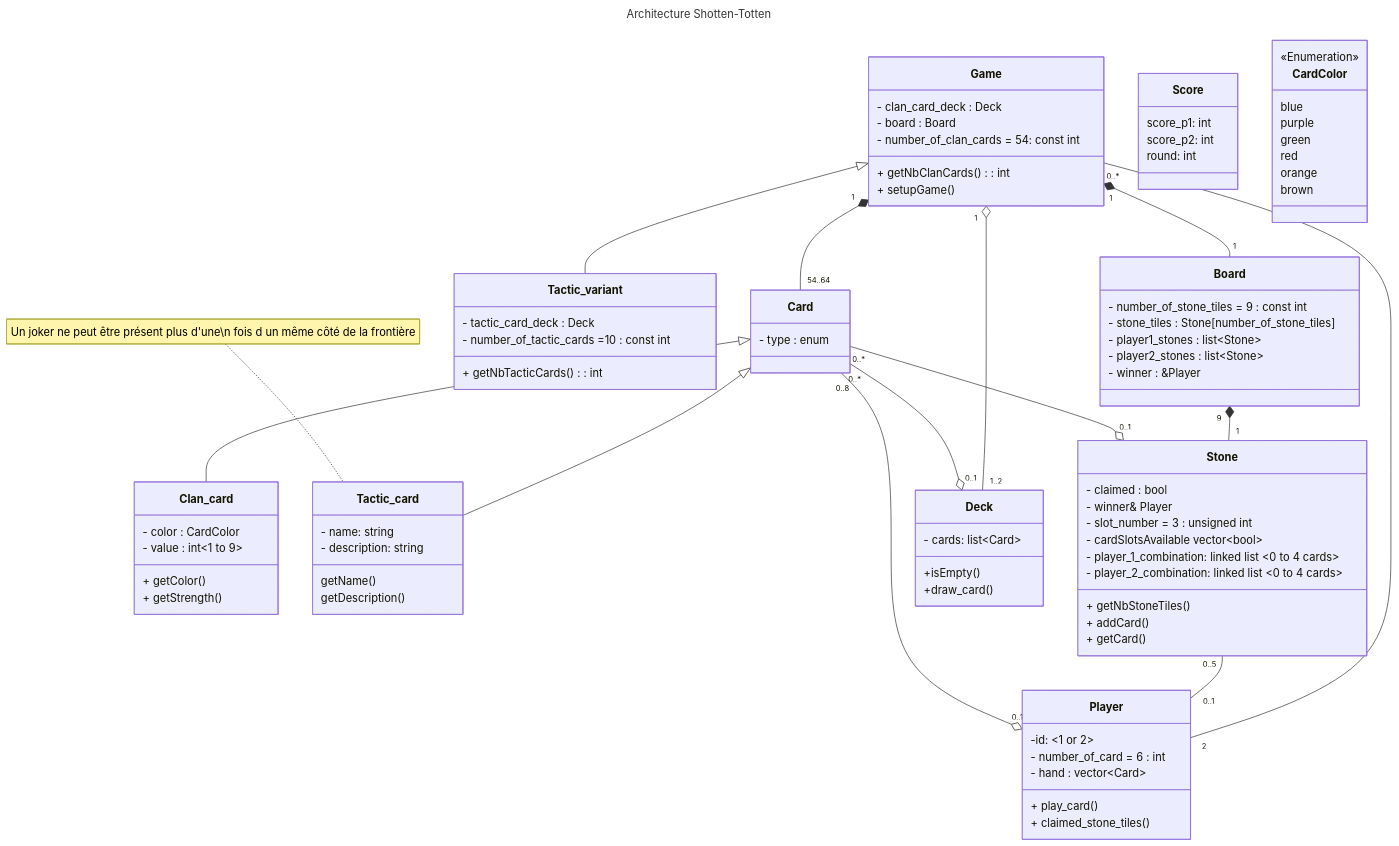
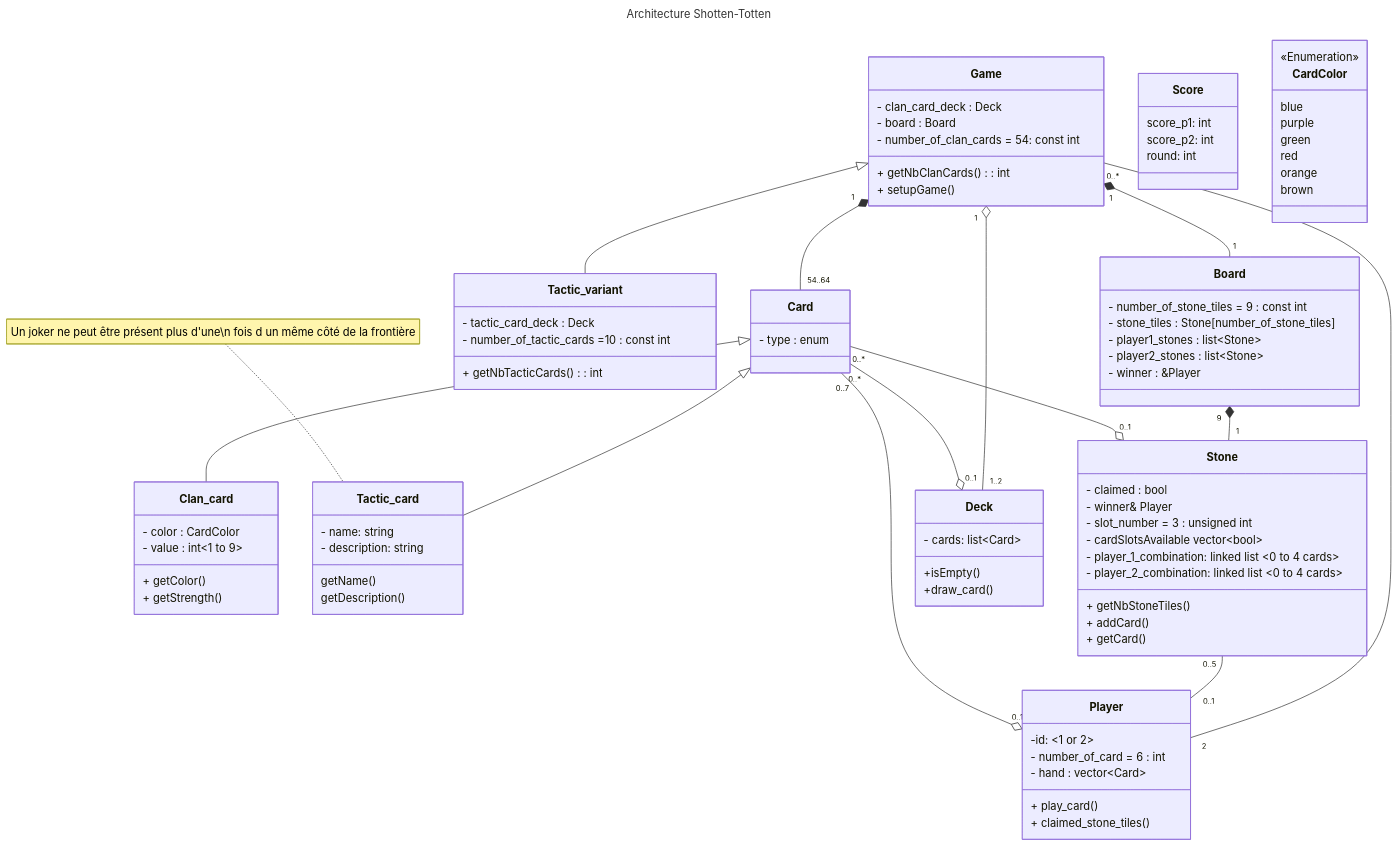
One commit to kilaposhi/Schotten-Totten changed the diagram in Documentation/UML.md. Above: the diagram before and after it, drawn with Mermaid.

Commit message:
arité cartes joueur

```diff
--- a/Documentation/UML.md
+++ b/Documentation/UML.md
@@ -126,7 +126,7 @@
 Game <|-- Tactic_variant
 Card <|-- Tactic_card
 Card <|-- Clan_card
-Card "0..8" --o "0..1" Player
+Card "0..7" --o "0..1" Player
 Card "0..*" --o "0..1" Stone
 Stone "0..5" -- "0..1" Player
 Card "0..*" --o "0..1" Deck
```
